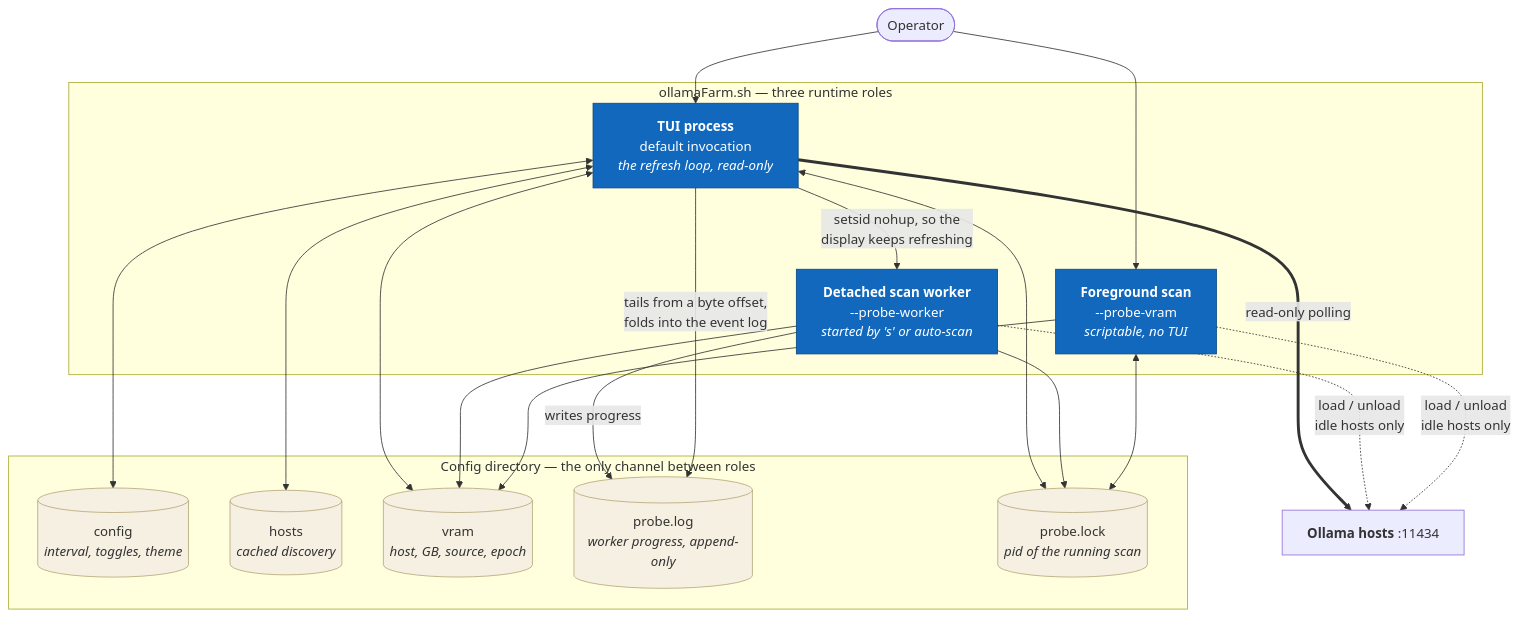
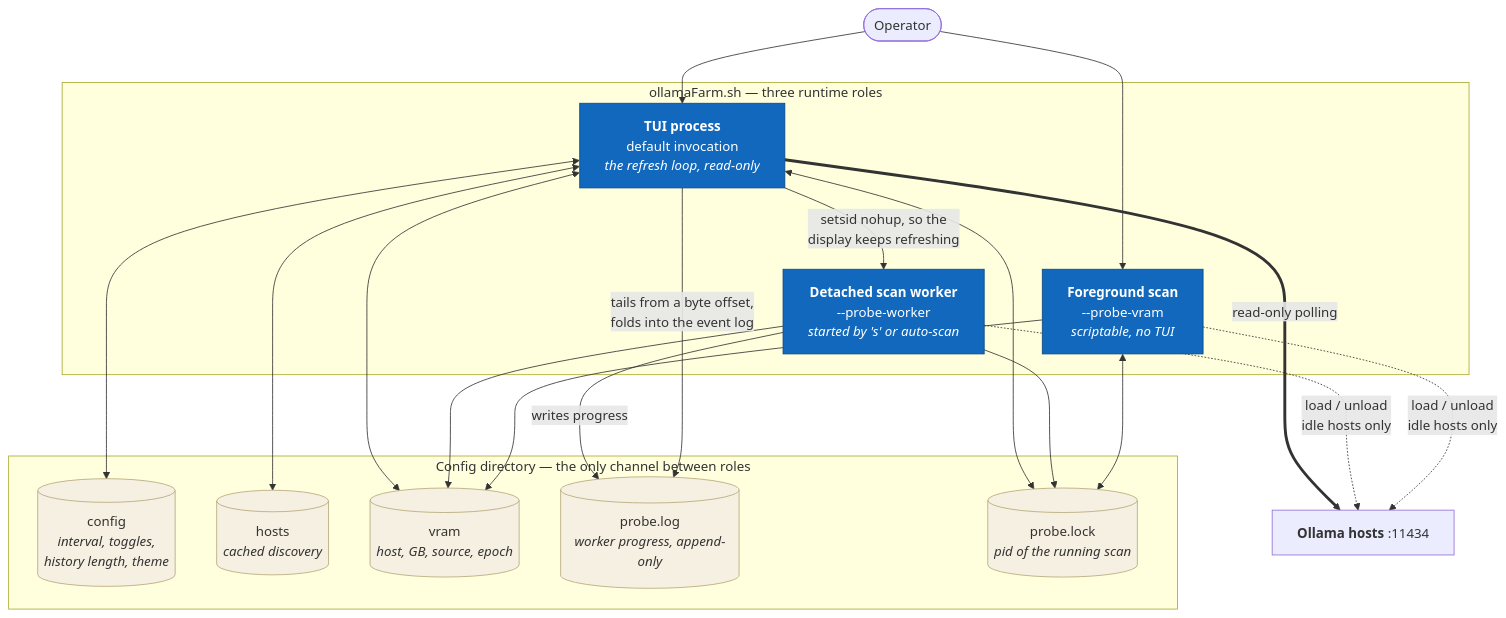
The second of 5 diagrams in docs/architecture.md (marcelpetrick/ollamaFarm), drawn with Mermaid before and after one commit. The commit also changed other lines of this file and 4 other files, not shown here.

First line of the commit message:
feat: make event history length configurable

````diff
--- a/docs/architecture.md
+++ b/docs/architecture.md
@@ -54,44 +54,44 @@
 ```mermaid
 flowchart TB
   op(["Operator"])
 
   subgraph proc ["ollamaFarm.sh — three runtime roles"]
     tui["<b>TUI process</b><br/>default invocation<br/><i>the refresh loop, read-only</i>"]
     worker["<b>Detached scan worker</b><br/>--probe-worker<br/><i>started by 's' or auto-scan</i>"]
     cli["<b>Foreground scan</b><br/>--probe-vram<br/><i>scriptable, no TUI</i>"]
   end
 
   subgraph files ["Config directory — the only channel between roles"]
-    cfg[("config<br/><i>interval, toggles, theme</i>")]
+    cfg[("config<br/><i>interval, toggles,<br/>history length, theme</i>")]
     hosts[("hosts<br/><i>cached discovery</i>")]
     vram[("vram<br/><i>host, GB, source, epoch</i>")]
     plog[("probe.log<br/><i>worker progress, append-only</i>")]
     plock[("probe.lock<br/><i>pid of the running scan</i>")]
   end
 
   ollama["<b>Ollama hosts</b> :11434"]
 
   op --> tui
   op --> cli
   tui -->|"setsid nohup, so the<br/>display keeps refreshing"| worker
 
   tui <--> cfg
   tui <--> hosts
   tui <--> vram
   worker --> vram
   cli --> vram
   worker -->|writes progress| plog
   tui -->|"tails from a byte offset,<br/>folds into the event log"| plog
   tui <--> plock
   worker --> plock
   cli <--> plock
 
   tui ==>|read-only polling| ollama
   worker -.->|"load / unload<br/>idle hosts only"| ollama
   cli -.->|"load / unload<br/>idle hosts only"| ollama
 
   classDef roleStyle fill:#1168bd,stroke:#0b4884,color:#fff
   classDef fileStyle fill:#f5f0e1,stroke:#b8a97a,color:#333
   class tui,worker,cli roleStyle
   class cfg,hosts,vram,plog,plock fileStyle
 ```
````
